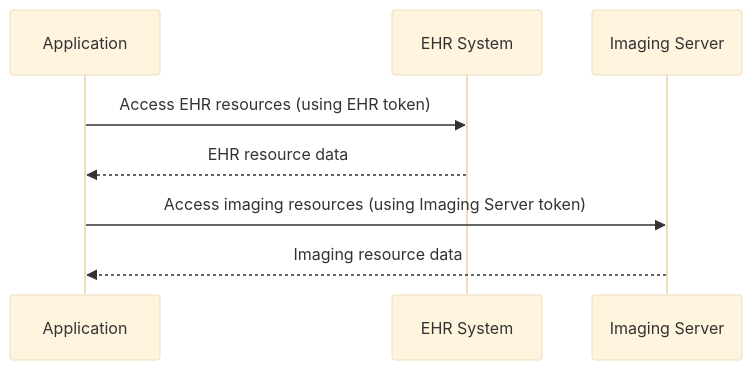
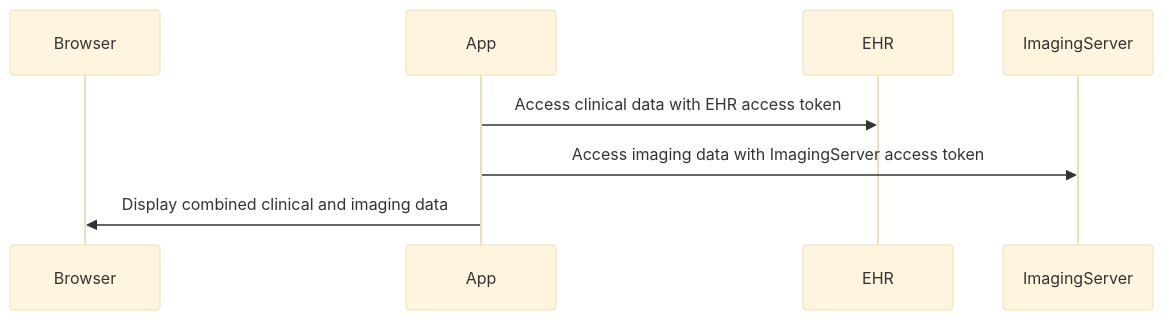
The fourth of 4 diagrams in input/pagecontent/solution-dual-smart-launch.md (bvdh/smart-multi-auth), drawn with Mermaid (base theme) before and after one commit. The commit also changed other lines of this file, not shown here.

Commit message:
Refine sequence diagrams

````diff
--- a/input/pagecontent/solution-dual-smart-launch.md
+++ b/input/pagecontent/solution-dual-smart-launch.md
@@ -215,11 +222,11 @@
 ```mermaid
 sequenceDiagram
-    participant App as Application
-    participant EHR as EHR System
-    participant IS as Imaging Server
+    participant Browser
+    participant App
+    participant EHR
+    participant ImagingServer
     
-    App->>EHR: Access EHR resources (using EHR token)
-    EHR-->>App: EHR resource data
-    App->>IS: Access imaging resources (using Imaging Server token)
-    IS-->>App: Imaging resource data
+    App->>EHR: Access clinical data with EHR access token
+    App->>ImagingServer: Access imaging data with ImagingServer access token
+    App->>Browser: Display combined clinical and imaging data
 ```
````
